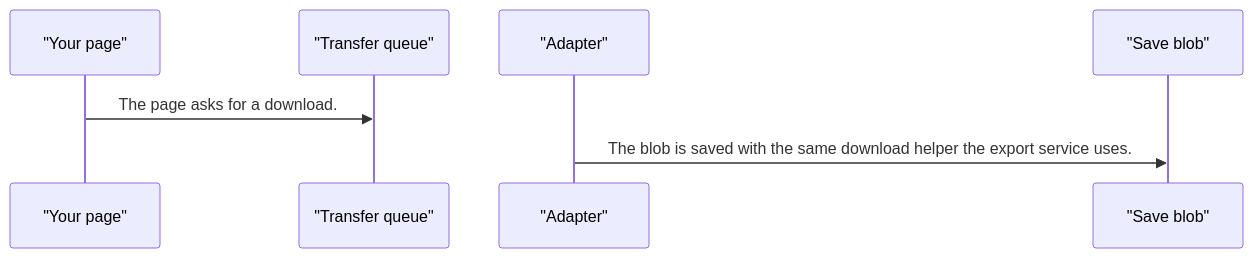
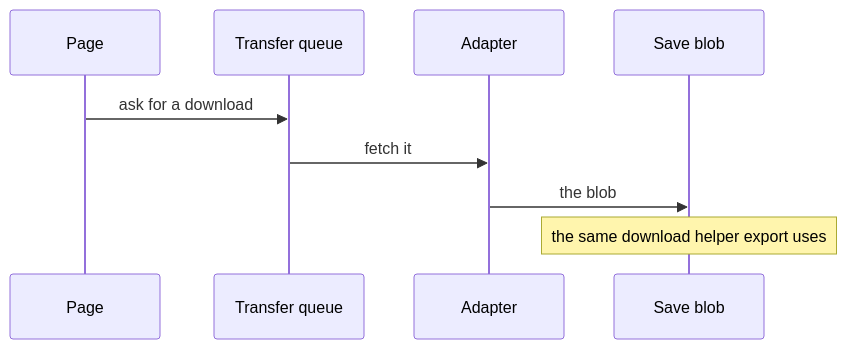
One commit to RajshekharBorate/pixel-ui changed the third of 4 diagrams in projects/pixel-ui/src/lib/services/file-transfer/DESIGN.md. Above: the diagram before and after it, drawn with Mermaid. The commit also changed other lines of this file and 73 other files, not shown here.

Commit message:
Explain who owns each value and what each flow does in every component and service design.

````diff
--- a/projects/pixel-ui/src/lib/services/file-transfer/DESIGN.md
+++ b/projects/pixel-ui/src/lib/services/file-transfer/DESIGN.md
@@ -66,9 +88,11 @@
 ```mermaid
 sequenceDiagram
-  participant page as "Your page"
-  participant queue as "Transfer queue"
-  participant adapter as "Adapter"
-  participant save as "Save blob"
-  page->>queue: The page asks for a download.
-  adapter->>save: The blob is saved with the same download helper the export service uses.
+  participant Page
+  participant Queue as Transfer queue
+  participant Adapter
+  participant Save as Save blob
+  Page->>Queue: ask for a download
+  Queue->>Adapter: fetch it
+  Adapter->>Save: the blob
+  Note over Save: the same download helper export uses
 ```
````
